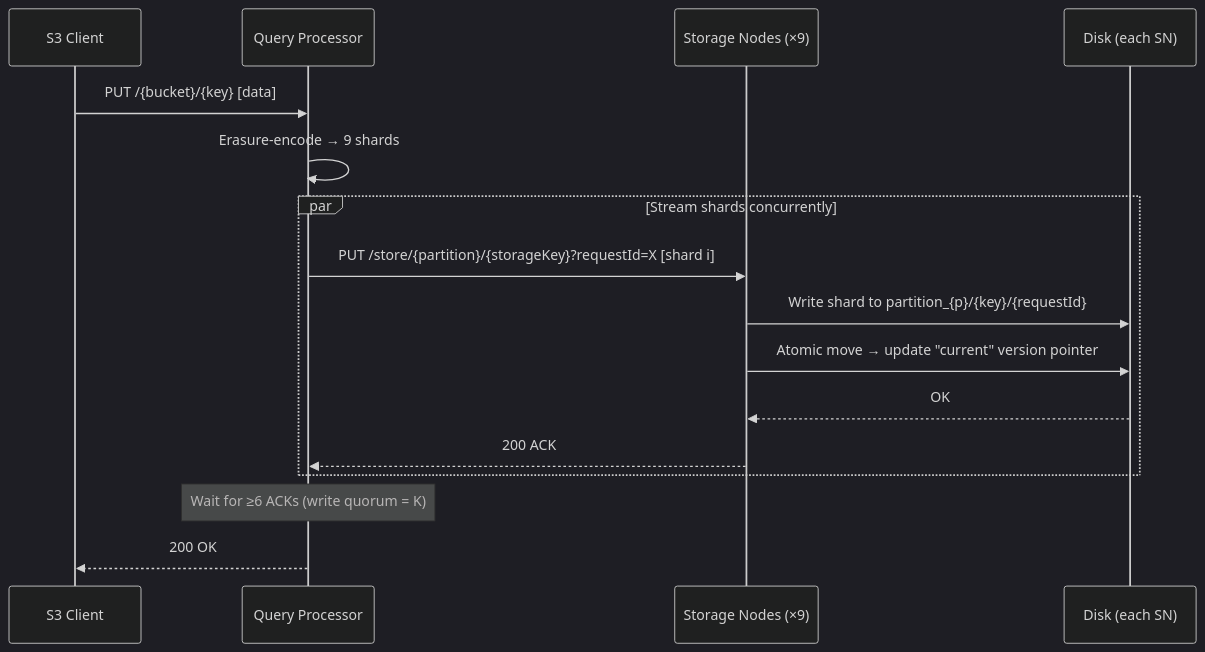
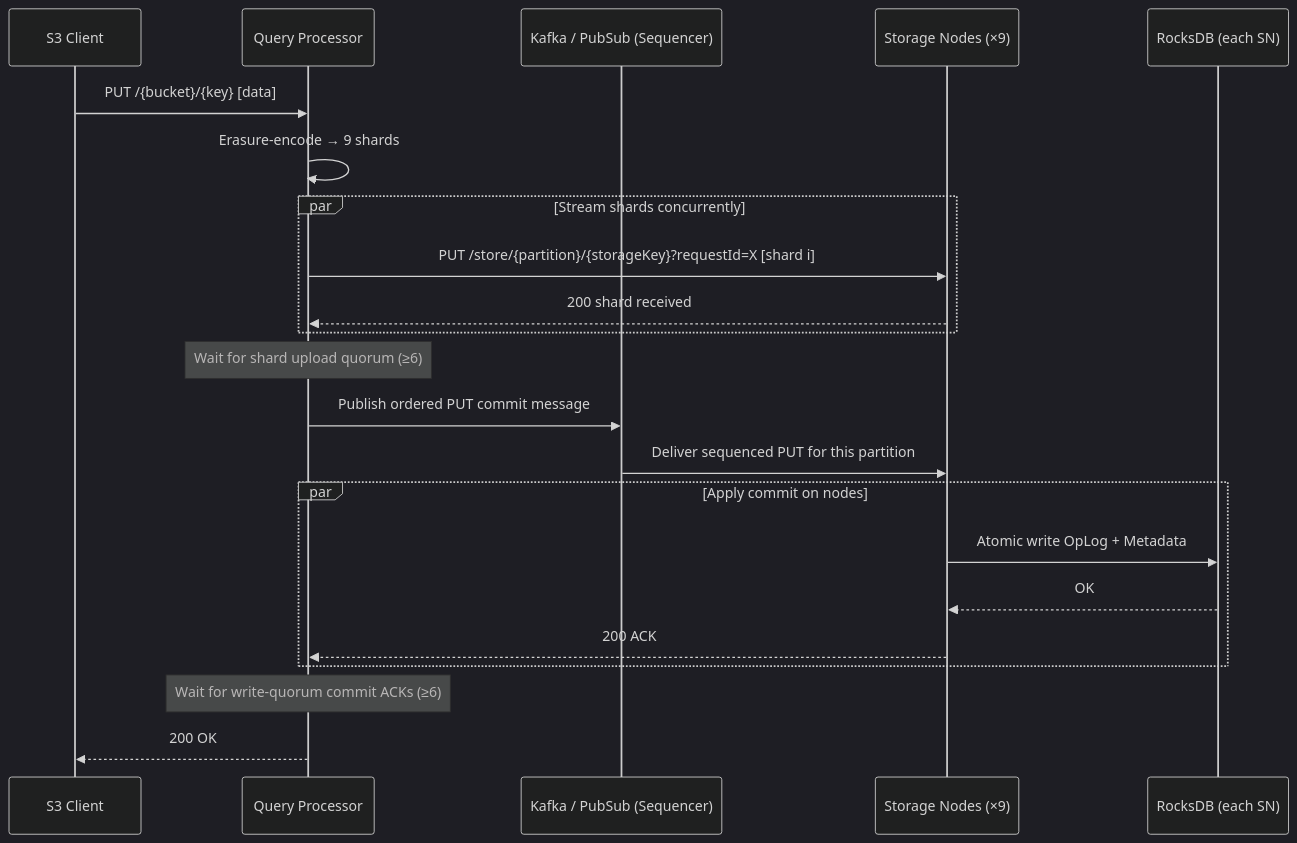
The first of 15 diagrams in docs/workflow.md (S26-Distributed-Capstone/Koop), drawn with Mermaid (dark theme) before and after one commit. The commit also changed other lines of this file, not shown here.

````diff
--- a/docs/workflow.md
+++ b/docs/workflow.md
@@ -46,19 +44,25 @@
 ```mermaid
 sequenceDiagram
     participant C as S3 Client
     participant QP as Query Processor
+    participant Kafka as Kafka / PubSub (Sequencer)
     participant SN as Storage Nodes (×9)
-    participant Disk as Disk (each SN)
+    participant RDB as RocksDB (each SN)
 
     C->>QP: PUT /{bucket}/{key} [data]
     QP->>QP: Erasure-encode → 9 shards
     par Stream shards concurrently
         QP->>SN: PUT /store/{partition}/{storageKey}?requestId=X [shard i]
-        SN->>Disk: Write shard to partition_{p}/{key}/{requestId}
-        SN->>Disk: Atomic move → update "current" version pointer
-        Disk-->>SN: OK
+        SN-->>QP: 200 shard received
+    end
+    Note over QP: Wait for shard upload quorum (≥6)
+    QP->>Kafka: Publish ordered PUT commit message
+    Kafka->>SN: Deliver sequenced PUT for this partition
+    par Apply commit on nodes
+        SN->>RDB: Atomic write OpLog + Metadata
+        RDB-->>SN: OK
         SN-->>QP: 200 ACK
     end
-    Note over QP: Wait for ≥6 ACKs (write quorum = K)
+    Note over QP: Wait for write-quorum commit ACKs (≥6)
     QP-->>C: 200 OK
 ```
````
